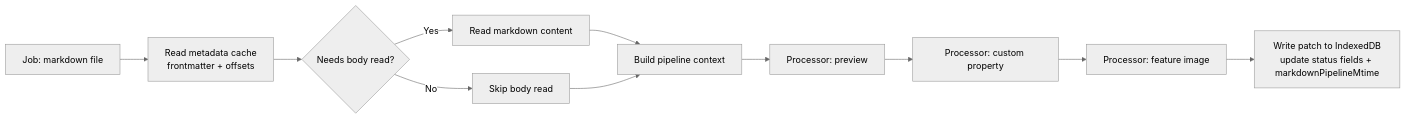
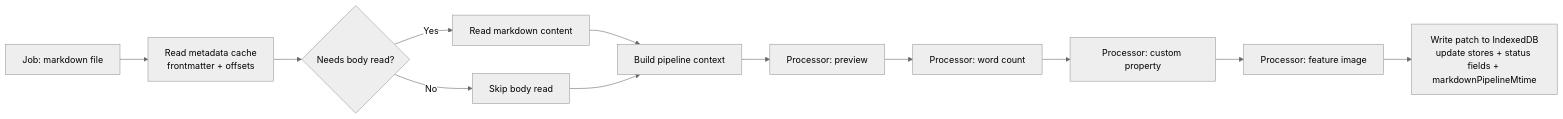
One commit to voi-tech/notebook-navigator changed the third of 3 diagrams in docs/metadata-pipeline.md. Above: the diagram before and after it, drawn with Mermaid (neutral theme). The commit also changed other lines of this file and 7 other files, not shown here.

````diff
--- a/docs/metadata-pipeline.md
+++ b/docs/metadata-pipeline.md
@@ -106,13 +229,14 @@
 ```mermaid
 flowchart LR
     A[Job: markdown file] --> B[Read metadata cache\nfrontmatter + offsets]
     B --> C{Needs body read?}
     C -->|Yes| D[Read markdown content]
     C -->|No| E[Skip body read]
     D --> F[Build pipeline context]
     E --> F
     F --> P1[Processor: preview]
-    P1 --> P2[Processor: custom property]
-    P2 --> P3[Processor: feature image]
-    P3 --> G[Write patch to IndexedDB\nupdate status fields + markdownPipelineMtime]
+    P1 --> P2[Processor: word count]
+    P2 --> P3[Processor: custom property]
+    P3 --> P4[Processor: feature image]
+    P4 --> G[Write patch to IndexedDB\nupdate stores + status fields + markdownPipelineMtime]
 ```
````
